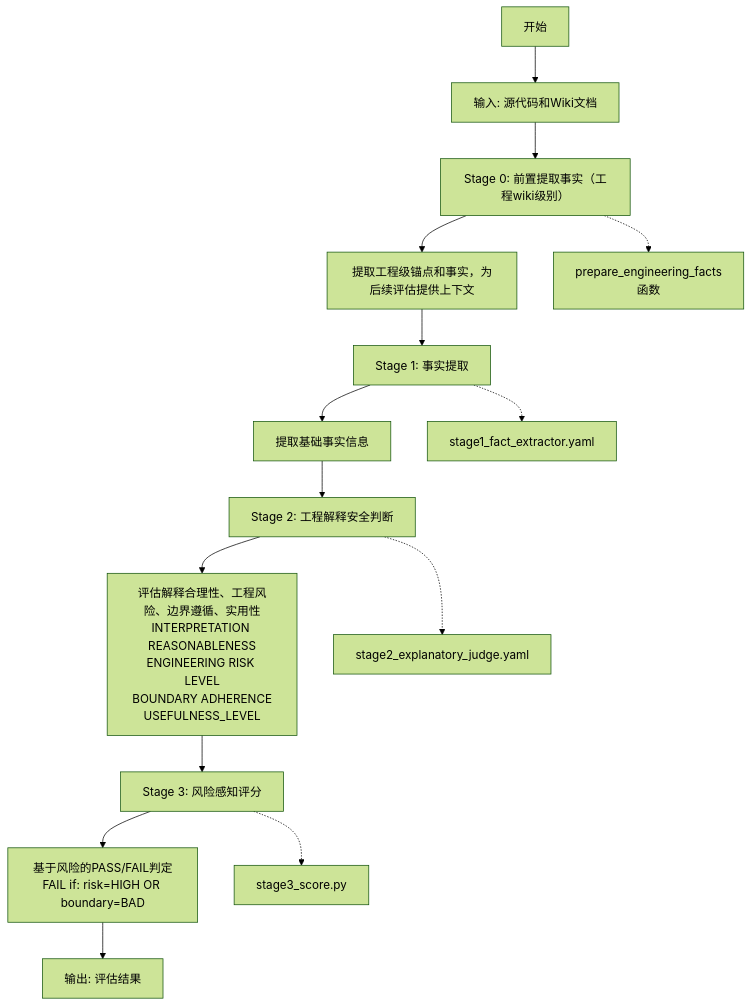
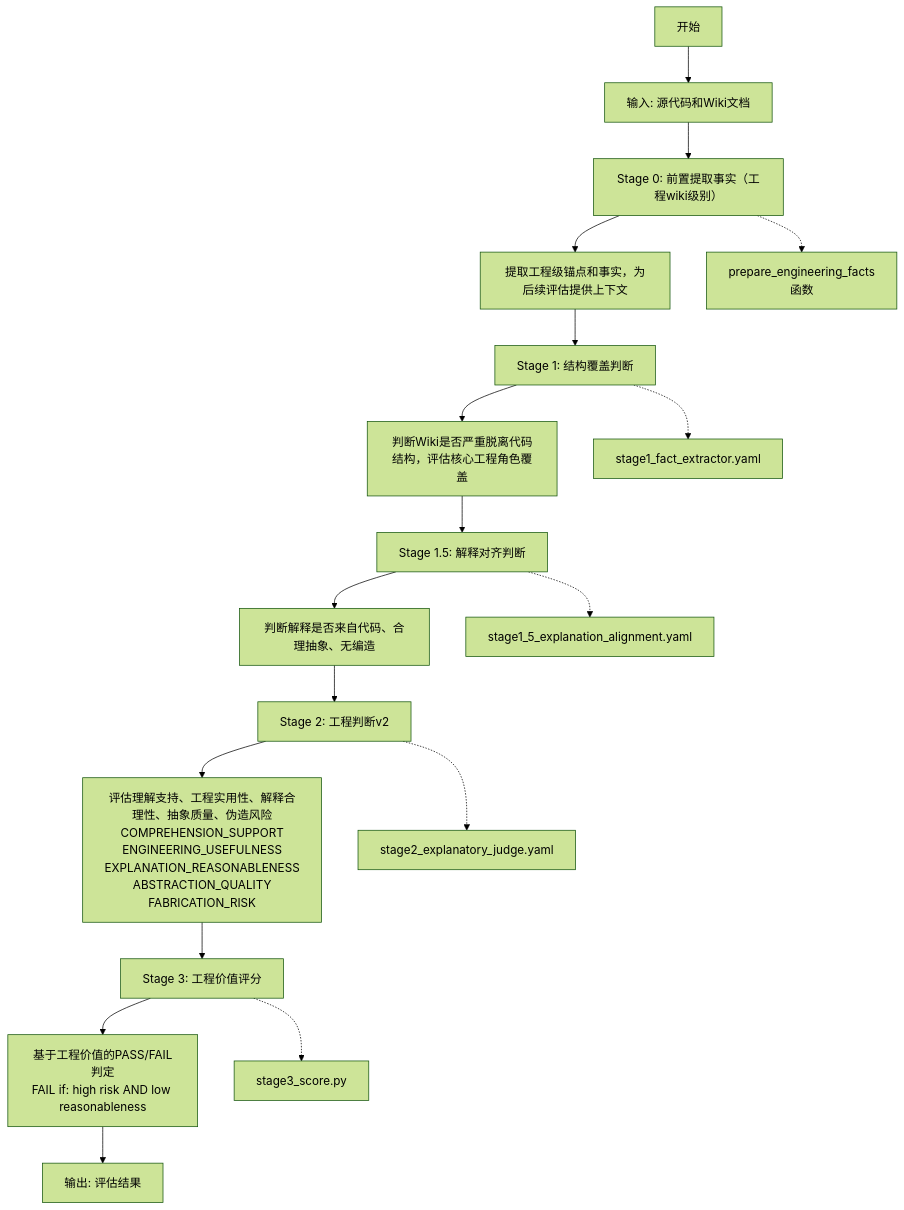
One commit to zhangxudong-g/AI_Projects changed the diagram in promptfoo_wiki/fact_judge_v2/USER_GUIDE.md. Above: the diagram before and after it, drawn with Mermaid (forest theme). The commit also changed other lines of this file and 86 other files, not shown here.

````diff
--- a/promptfoo_wiki/fact_judge_v2/USER_GUIDE.md
+++ b/promptfoo_wiki/fact_judge_v2/USER_GUIDE.md
@@ -26,19 +27,22 @@
 ```mermaid
 graph TD
     A[开始] --> B[输入: 源代码和Wiki文档]
     B --> C[Stage 0: 前置提取事实（工程wiki级别）]
     C --> D[提取工程级锚点和事实，为后续评估提供上下文]
-    D --> E[Stage 1: 事实提取]
-    E --> F[提取基础事实信息]
-    F --> G[Stage 2: 工程解释安全判断]
-    G --> H[评估解释合理性、工程风险、边界遵循、实用性<br/>INTERPRETATION REASONABLENESS<br/>ENGINEERING RISK LEVEL<br/>BOUNDARY ADHERENCE<br/>USEFULNESS_LEVEL]
-    H --> I[Stage 3: 风险感知评分]
-    I --> J[基于风险的PASS/FAIL判定<br/>FAIL if: risk=HIGH OR boundary=BAD]
-    J --> K[输出: 评估结果]
+    D --> E[Stage 1: 结构覆盖判断]
+    E --> F[判断Wiki是否严重脱离代码结构，评估核心工程角色覆盖]
+    F --> G[Stage 1.5: 解释对齐判断]
+    G --> H[判断解释是否来自代码、合理抽象、无编造]
+    H --> I[Stage 2: 工程判断v2]
+    I --> J[评估理解支持、工程实用性、解释合理性、抽象质量、伪造风险<br/>COMPREHENSION_SUPPORT<br/>ENGINEERING_USEFULNESS<br/>EXPLANATION_REASONABLENESS<br/>ABSTRACTION_QUALITY<br/>FABRICATION_RISK]
+    J --> K[Stage 3: 工程价值评分]
+    K --> L[基于工程价值的PASS/FAIL判定<br/>FAIL if: high risk AND low reasonableness]
+    L --> M[输出: 评估结果]
 
-    C -.-> L[prepare_engineering_facts函数]
-    E -.-> M[stage1_fact_extractor.yaml]
-    G -.-> N[stage2_explanatory_judge.yaml]
-    I -.-> O[stage3_score.py]
+    C -.-> N[prepare_engineering_facts函数]
+    E -.-> O[stage1_fact_extractor.yaml]
+    G -.-> P[stage1_5_explanation_alignment.yaml]
+    I -.-> Q[stage2_explanatory_judge.yaml]
+    K -.-> R[stage3_score.py]
 
 ```
````
